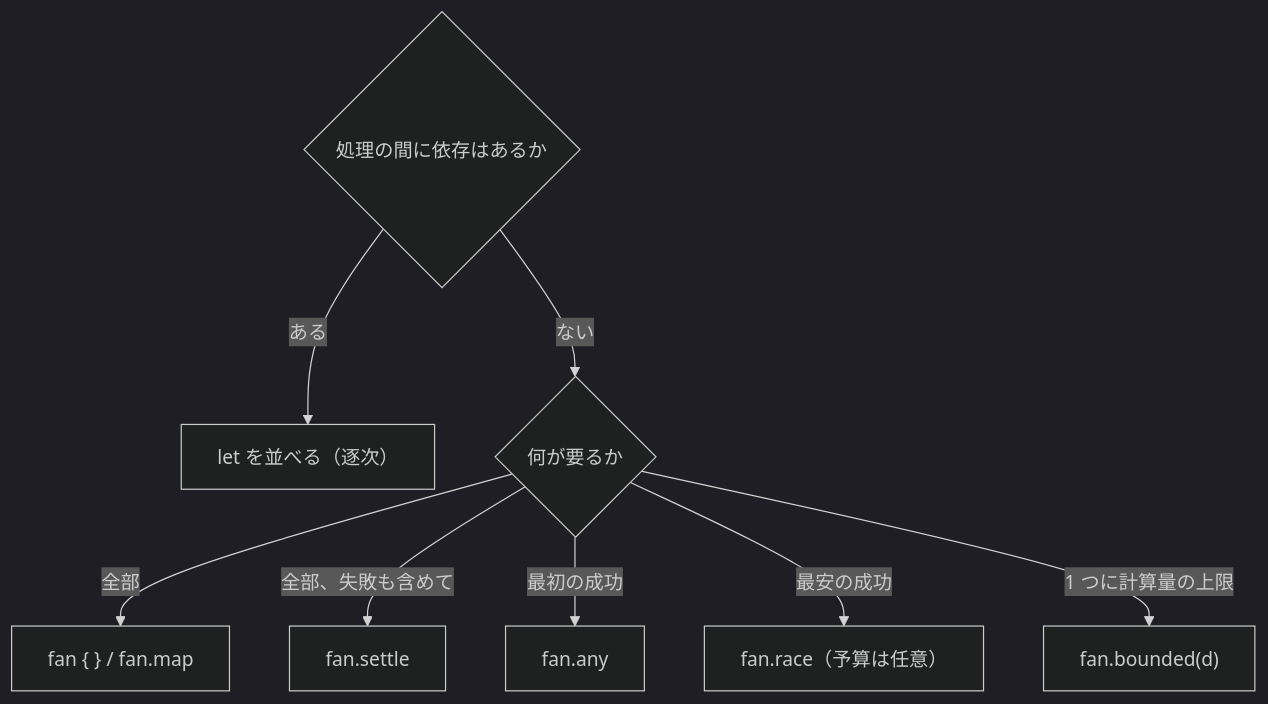
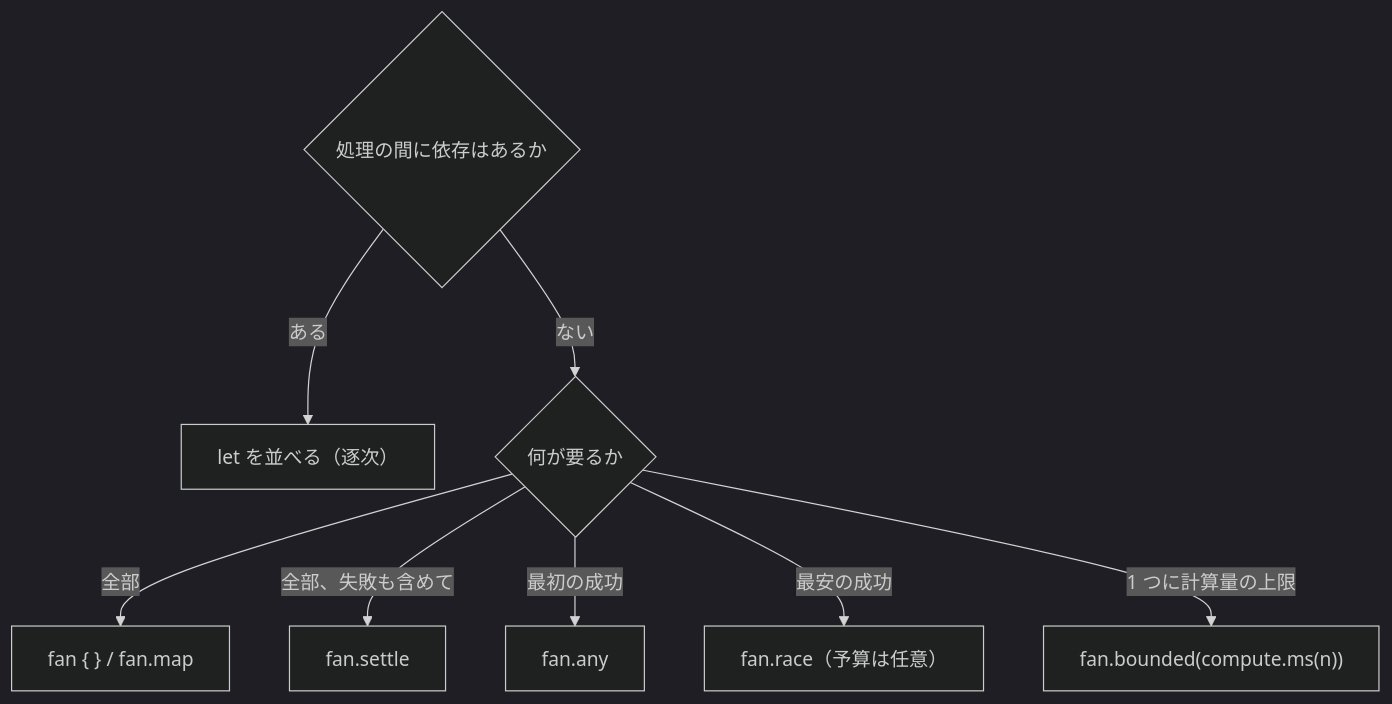
One commit to almide/almide changed the third of 6 diagrams in docs/roadmap/active/async-inception.md. Above: the diagram before and after it, drawn with Mermaid (dark theme). The commit also changed other lines of this file and 11 other files, not shown here.

````diff
--- a/docs/roadmap/active/async-inception.md
+++ b/docs/roadmap/active/async-inception.md
@@ -141,10 +141,10 @@
 ```mermaid
 flowchart TD
     Q0{"処理の間に依存はあるか"} -->|ある| SEQ["let を並べる（逐次）"]
     Q0 -->|ない| Q1{"何が要るか"}
     Q1 -->|"全部"| ALL["fan { } / fan.map"]
     Q1 -->|"全部、失敗も含めて"| SETTLE["fan.settle"]
     Q1 -->|"最初の成功"| ANY["fan.any"]
     Q1 -->|"最安の成功"| RACE["fan.race（予算は任意）"]
-    Q1 -->|"1 つに計算量の上限"| BOUNDED["fan.bounded(d)"]
+    Q1 -->|"1 つに計算量の上限"| BOUNDED["fan.bounded(compute.ms(n))"]
 ```
````
